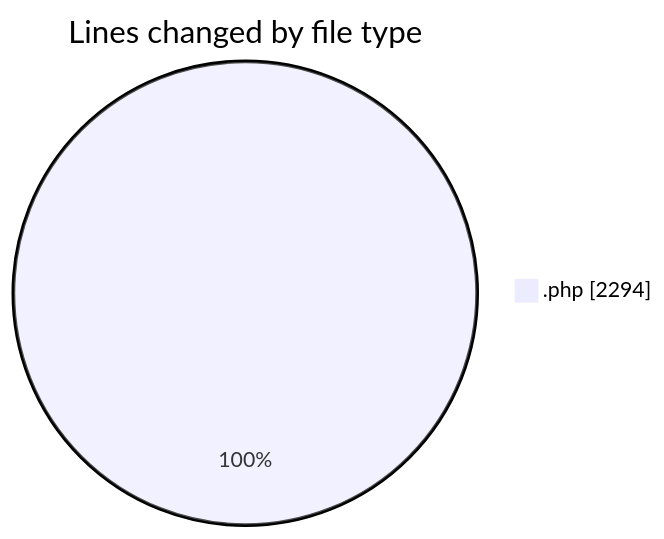
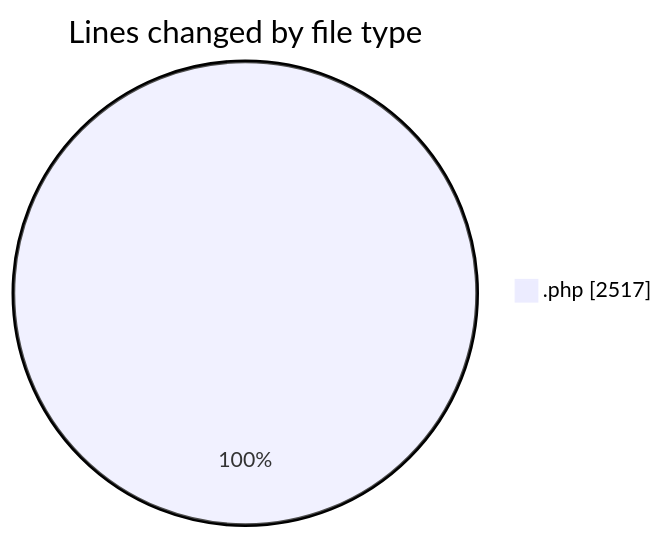
The first of 2 diagrams in 2026-08-07/untitled__workspace_/README.md (debugP/code-tracking), drawn with Mermaid before and after one commit. The commit also changed other lines of this file and 1 other file, not shown here.

````diff
--- a/2026-08-07/untitled__workspace_/README.md
+++ b/2026-08-07/untitled__workspace_/README.md
@@ -20,5 +21,5 @@
 ```mermaid
 pie showData
 title Lines changed by file type
-".php" : 2294
+".php" : 2517
 ```
````
